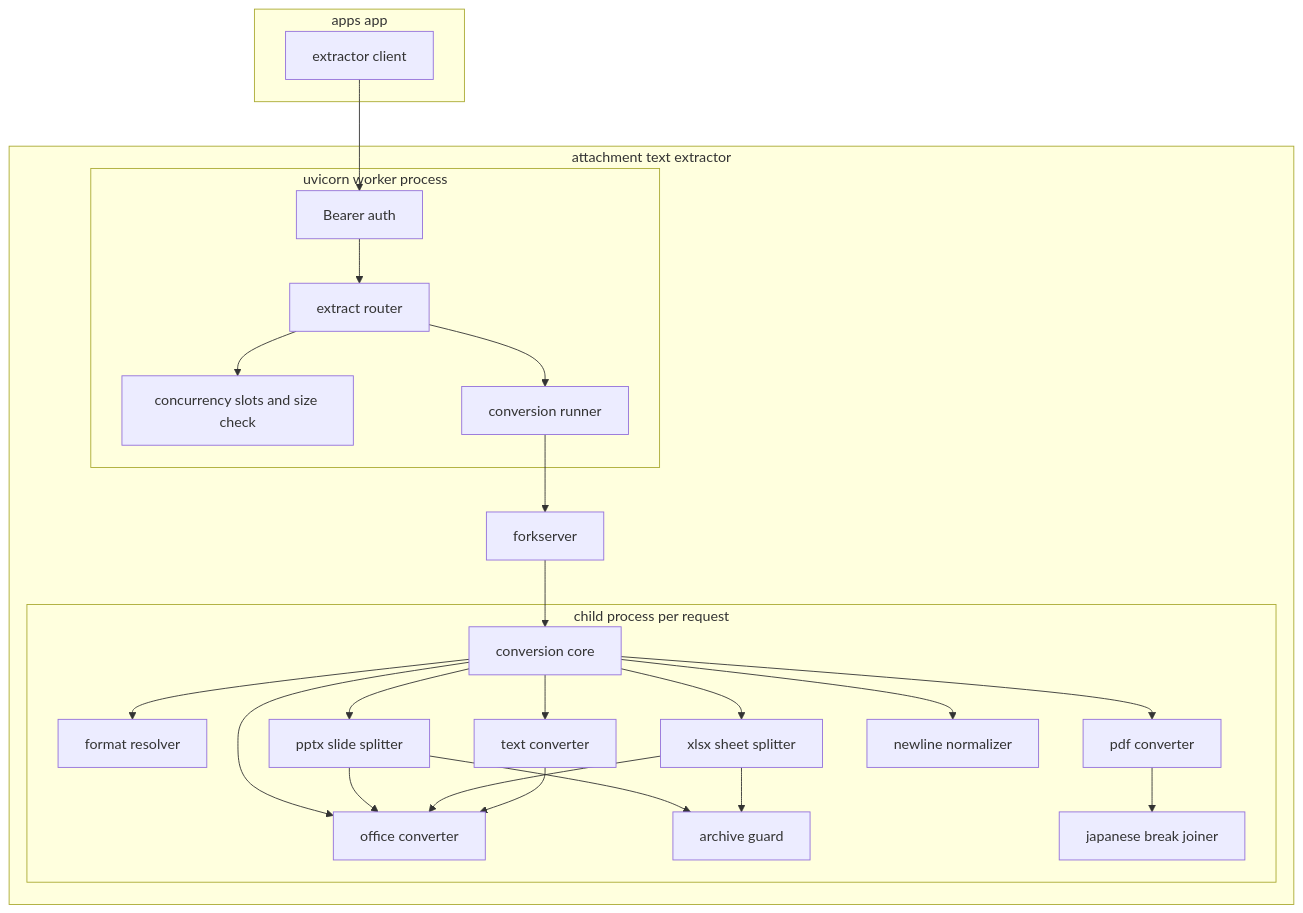
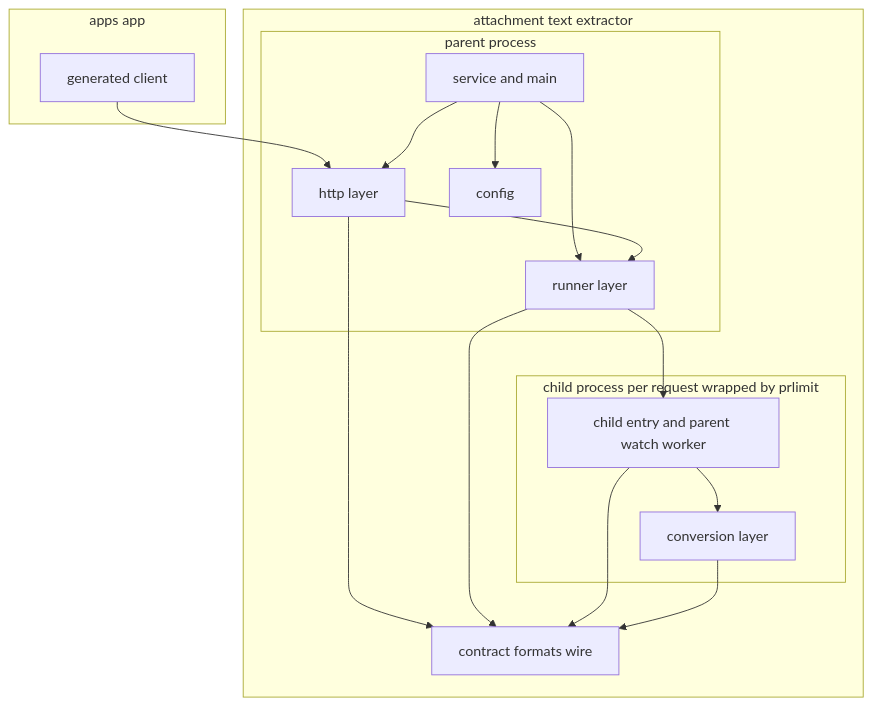
Before and after one commit to growilabs/growi: the first of 3 diagrams in .kiro/specs/attachment-search-text-extractor/design.md, drawn with Mermaid. The commit also changed other lines of this file and 3 other files, not shown here.

Commit message:
docs(attachment-search-text-extractor): port the Node rewrite into the target spec (9.2, 9.3)

````diff
--- a/.kiro/specs/attachment-search-text-extractor/design.md
+++ b/.kiro/specs/attachment-search-text-extractor/design.md
@@ -87,46 +116,30 @@
 ```mermaid
 graph TB
     subgraph app_app [apps app]
-        Client[extractor client]
+        Client[generated client]
     end
     subgraph service [attachment text extractor]
-        subgraph worker [uvicorn worker process]
-            Auth[Bearer auth]
-            Router[extract router]
-            Slots[concurrency slots and size check]
-            Runner[conversion runner]
+        subgraph parent [parent process]
+            Composition[service and main]
+            Http[http layer]
+            Runner[runner layer]
+            Config[config]
         end
-        ForkServer[forkserver]
-        subgraph child [child process per request]
-            Core[conversion core]
-            Resolver[format resolver]
-            Office[office converter]
-            Pptx[pptx slide splitter]
-            Xlsx[xlsx sheet splitter]
-            Pdf[pdf converter]
-            Text[text converter]
-            Guard[archive guard]
-            Normalizer[newline normalizer]
-            Joiner[japanese break joiner]
+        subgraph child [child process per request wrapped by prlimit]
+            ChildEntry[child entry and parent watch worker]
+            Conversion[conversion layer]
         end
+        Shared[contract formats wire]
     end
-    Client --> Auth
-    Auth --> Router
-    Router --> Slots
-    Router --> Runner
-    Runner --> ForkServer
-    ForkServer --> Core
-    Core --> Resolver
-    Core --> Office
-    Core --> Pptx
-    Core --> Xlsx
-    Core --> Pdf
-    Core --> Text
-    Pptx --> Guard
-    Xlsx --> Guard
-    Pptx --> Office
-    Xlsx --> Office
-    Text --> Office
-    Core --> Normalizer
-    Pdf --> Joiner
+    Client --> Http
+    Composition --> Http
+    Composition --> Runner
+    Composition --> Config
+    Http --> Runner
+    Runner --> ChildEntry
+    ChildEntry --> Conversion
+    Http --> Shared
+    Runner --> Shared
+    ChildEntry --> Shared
+    Conversion --> Shared
 ```
````
